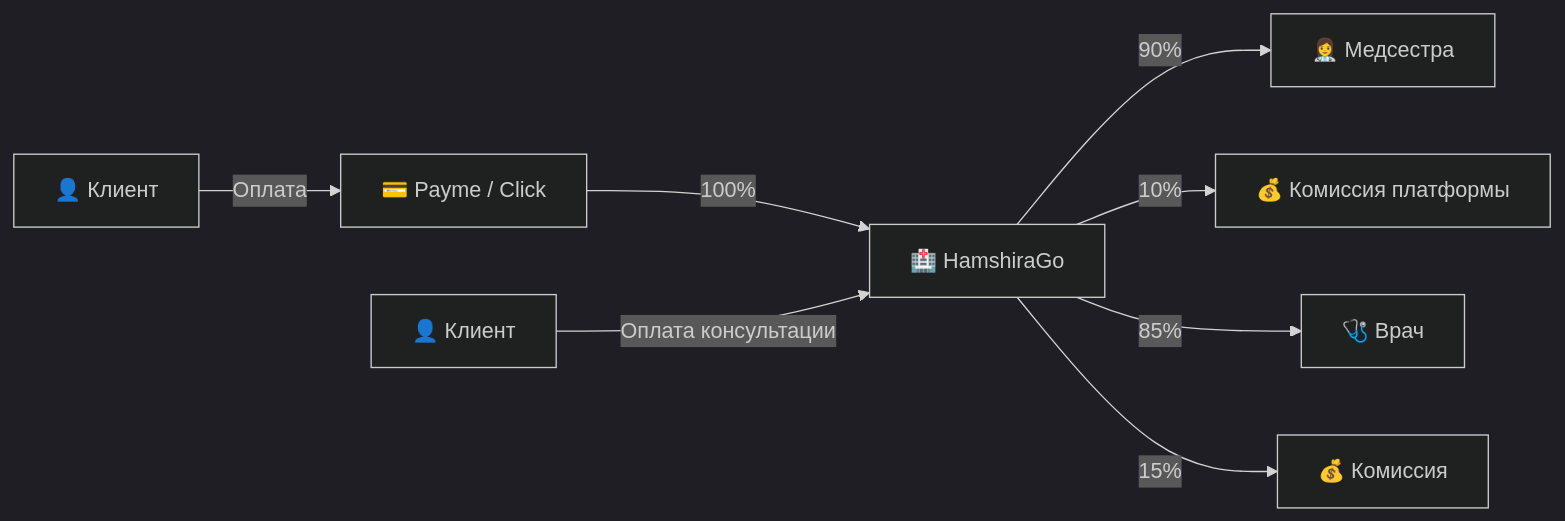
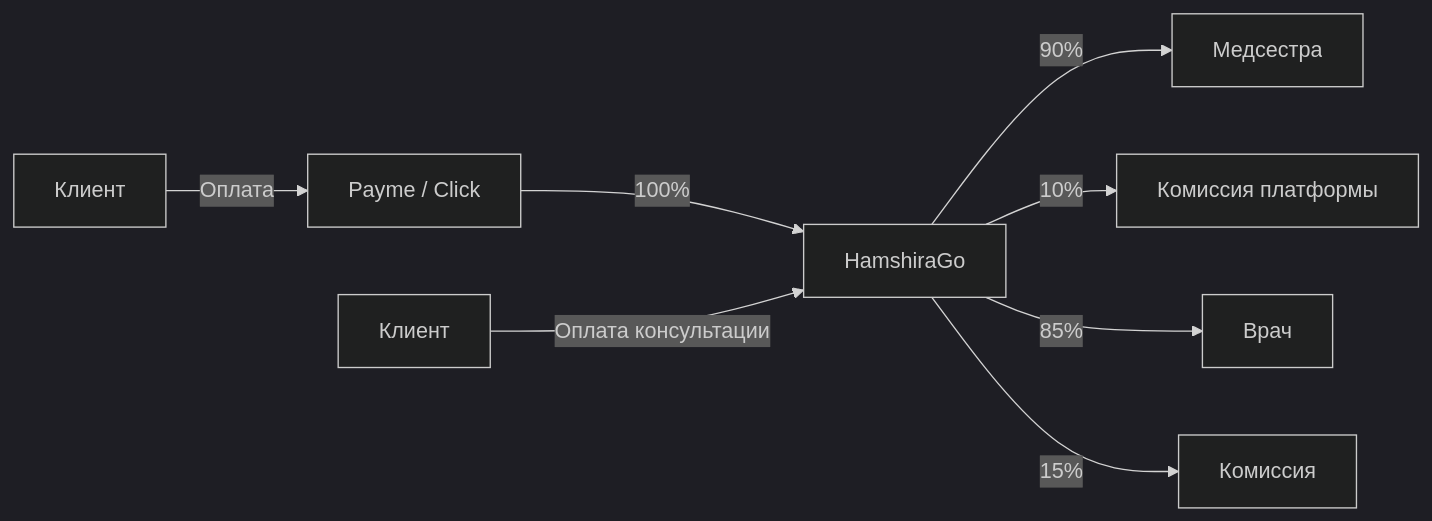
The tenth of 10 diagrams in docs/SYSTEM_FLOW.md (abubakirilhomov/hamshiraGo), drawn with Mermaid (dark theme) before and after one commit. The commit also changed other lines of this file and 1 other file, not shown here.

First line of the commit message:
fix(docs): remove emoji + fix quotes in Mermaid diagrams

````diff
--- a/docs/SYSTEM_FLOW.md
+++ b/docs/SYSTEM_FLOW.md
@@ -356,11 +356,11 @@
 ```mermaid
 flowchart LR
-    C[👤 Клиент] -->|Оплата| P[💳 Payme / Click]
-    P -->|100%| SYS[🏥 HamshiraGo]
-    SYS -->|90%| M[👩‍⚕️ Медсестра]
-    SYS -->|10%| FEE[💰 Комиссия платформы]
+    C[Клиент] -->|Оплата| P[Payme / Click]
+    P -->|100%| SYS[HamshiraGo]
+    SYS -->|90%| M[Медсестра]
+    SYS -->|10%| FEE[Комиссия платформы]
     
-    C2[👤 Клиент] -->|Оплата консультации| SYS
-    SYS -->|85%| D[🩺 Врач]
-    SYS -->|15%| FEE2[💰 Комиссия]
+    C2[Клиент] -->|Оплата консультации| SYS
+    SYS -->|85%| D[Врач]
+    SYS -->|15%| FEE2[Комиссия]
 ```
````
